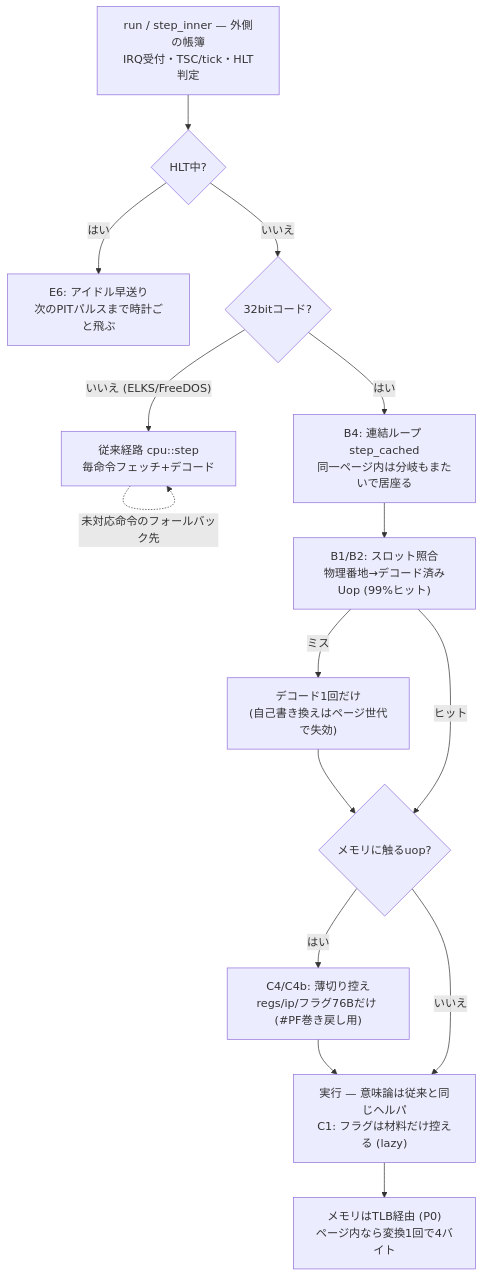
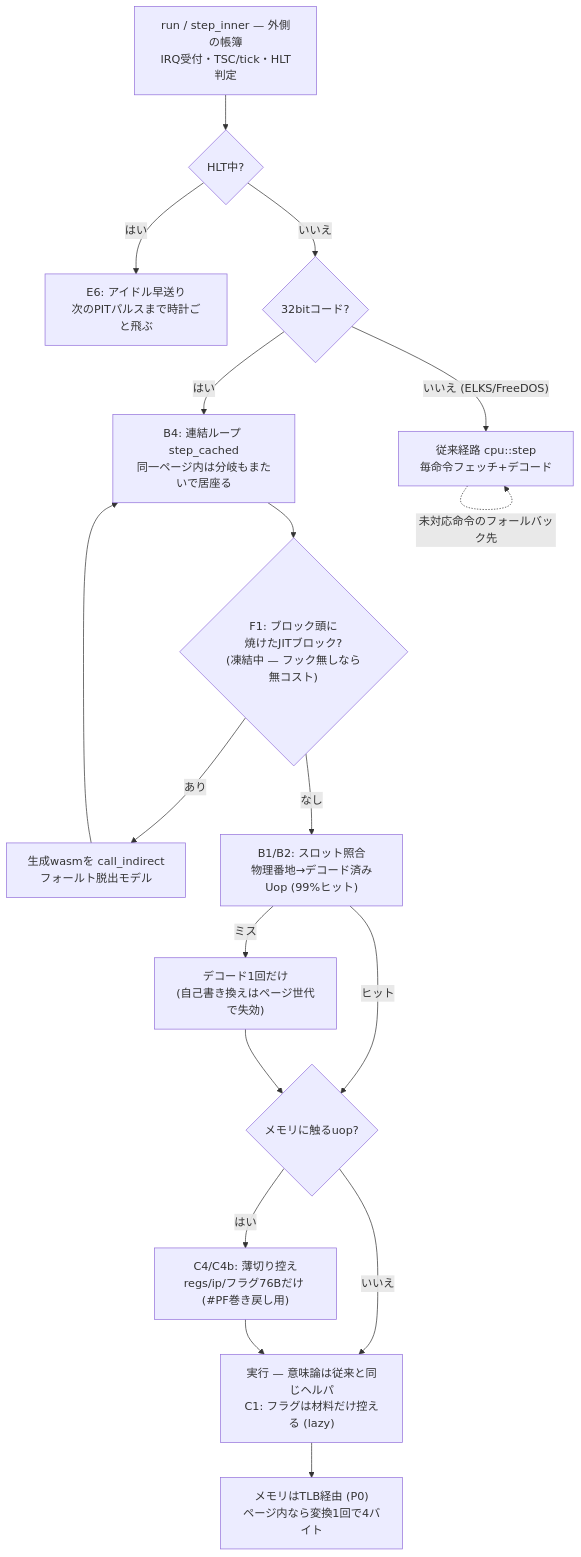
Before and after one commit to yoshiharu-ishii/rustx86: the diagram in docs/perf.md, drawn with Mermaid. The commit also changed other lines of this file and 3 other files, not shown here.

First line of the commit message:
docs整理: perf.mdを地図だけに痩身、perf-log.md (物語) と pitfalls.md (罠の型) を新設

````diff
--- a/docs/perf.md
+++ b/docs/perf.md
@@ -49,17 +67,20 @@
 ```mermaid
 flowchart TD
     RUN["run / step_inner — 外側の帳簿<br>IRQ受付・TSC/tick・HLT判定"] --> HLT{"HLT中?"}
     HLT -- はい --> FF["E6: アイドル早送り<br>次のPITパルスまで時計ごと飛ぶ"]
     HLT -- いいえ --> SEG{"32bitコード?"}
     SEG -- "いいえ (ELKS/FreeDOS)" --> STEP["従来経路 cpu::step<br>毎命令フェッチ+デコード"]
     SEG -- はい --> CHAIN["B4: 連結ループ step_cached<br>同一ページ内は分岐もまたいで居座る"]
-    CHAIN --> LOOKUP["B1/B2: スロット照合<br>物理番地→デコード済みUop (99%ヒット)"]
+    CHAIN --> JIT{"F1: ブロック頭に<br>焼けたJITブロック?<br>(凍結中 — フック無しなら無コスト)"}
+    JIT -- あり --> BLK["生成wasmを call_indirect<br>フォールト脱出モデル"]
+    JIT -- なし --> LOOKUP["B1/B2: スロット照合<br>物理番地→デコード済みUop (99%ヒット)"]
+    BLK --> CHAIN
     LOOKUP -- ミス --> DEC["デコード1回だけ<br>(自己書き換えはページ世代で失効)"]
     LOOKUP -- ヒット --> GUARD{"メモリに触るuop?"}
     DEC --> GUARD
     GUARD -- "はい" --> SLIM["C4/C4b: 薄切り控え<br>regs/ip/フラグ76Bだけ (#PF巻き戻し用)"]
     GUARD -- いいえ --> EXEC
     SLIM --> EXEC["実行 — 意味論は従来と同じヘルパ<br>C1: フラグは材料だけ控える (lazy)"]
     EXEC --> MEM["メモリはTLB経由 (P0)<br>ページ内なら変換1回で4バイト"]
     STEP -.->|"未対応命令のフォールバック先"| STEP
 ```
````
